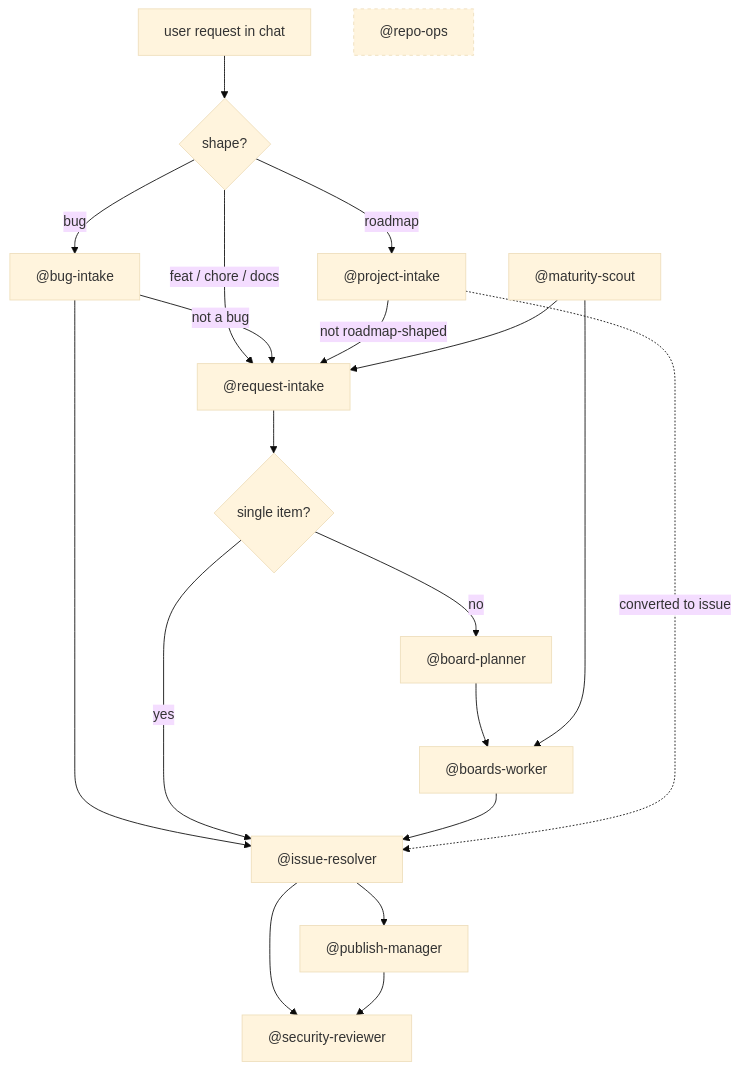
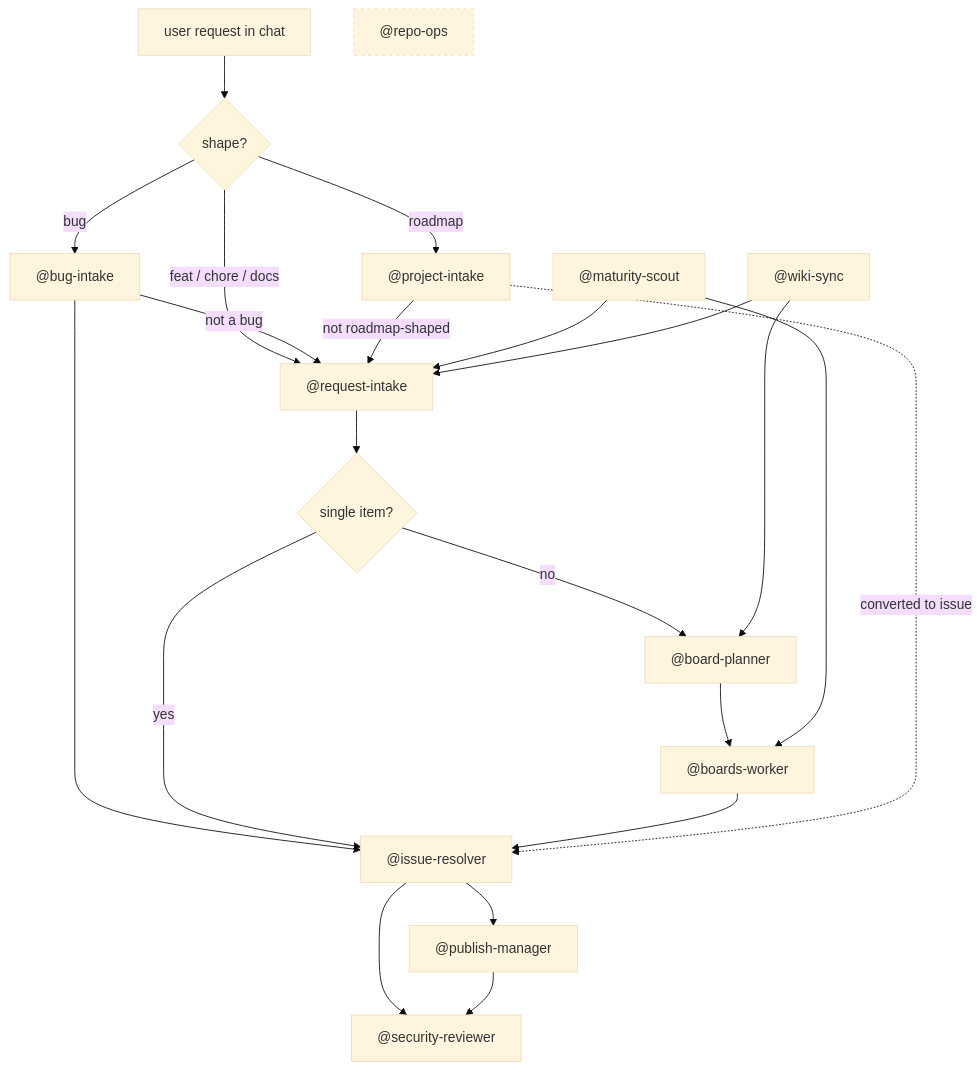
Before and after one commit to marcusjacobson/portfolio: the diagram in wiki/Agents.md, drawn with Mermaid (base theme). The commit also changed other lines of this file, not shown here.

First line of the commit message:
wiki: refresh Agents.md for wiki-sync, intake, and planner extensions (#247)

````diff
--- a/wiki/Agents.md
+++ b/wiki/Agents.md
@@ -35,31 +36,34 @@
 ```mermaid
 flowchart TD
     user[user request in chat]
     user --> intake{shape?}
 
     intake -- bug --> bug["@bug-intake"]
     intake -- roadmap --> proj["@project-intake"]
     intake -- feat / chore / docs --> req["@request-intake"]
 
     bug -- not a bug --> req
     proj -- not roadmap-shaped --> req
 
     bug --> resolver
     req --> single{single item?}
     single -- yes --> resolver["@issue-resolver"]
     single -- no --> planner["@board-planner"]
     planner --> worker["@boards-worker"]
     worker --> resolver
 
     proj -. converted to issue .-> resolver
 
     resolver --> review["@security-reviewer"]
     resolver --> publish["@publish-manager"]
     publish --> review
 
     scout["@maturity-scout"] --> req
     scout --> worker
 
+    wiki["@wiki-sync"] --> req
+    wiki --> planner
+
     ops["@repo-ops"]:::side
     classDef side stroke-dasharray: 4 4
 ```
````
